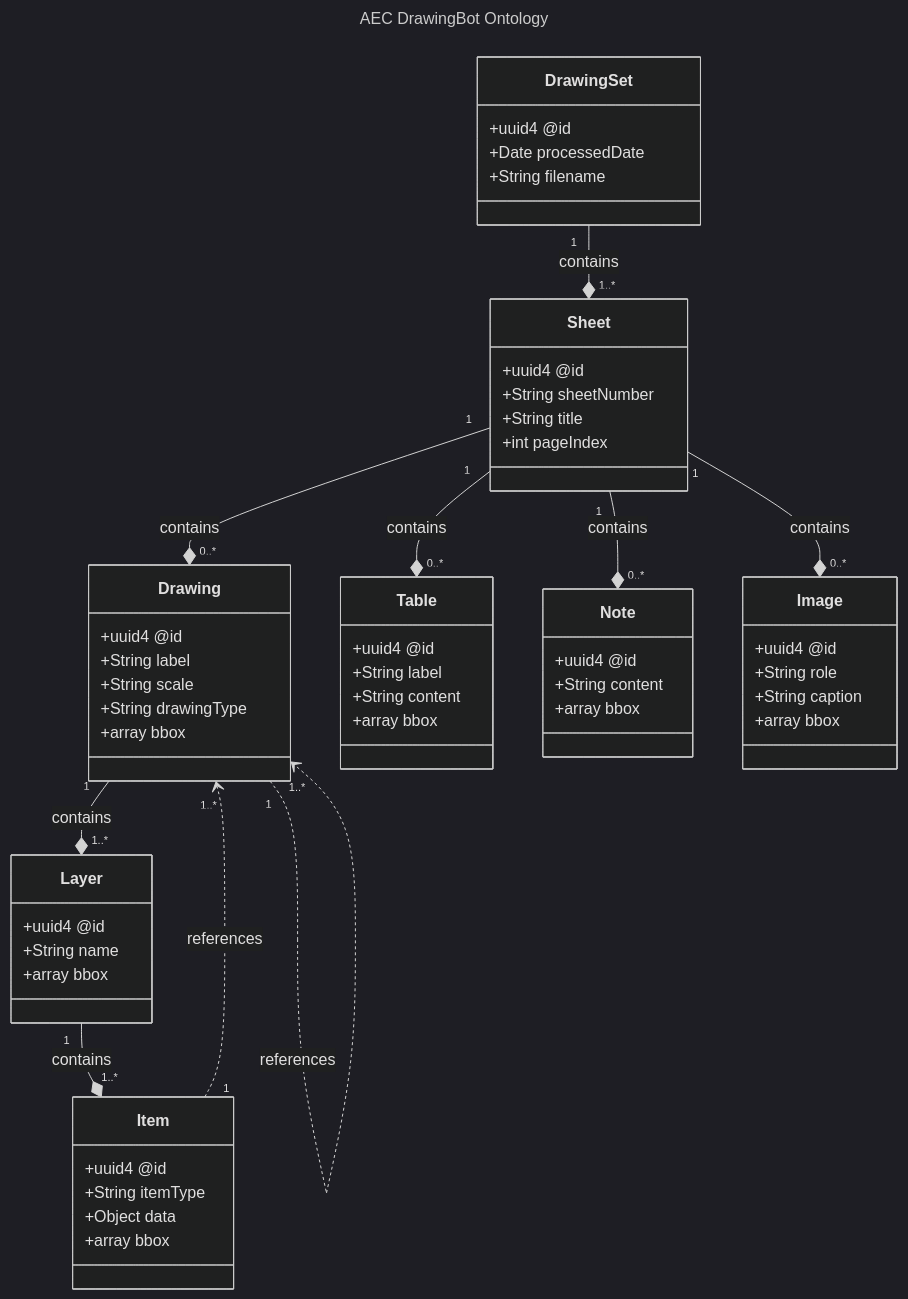
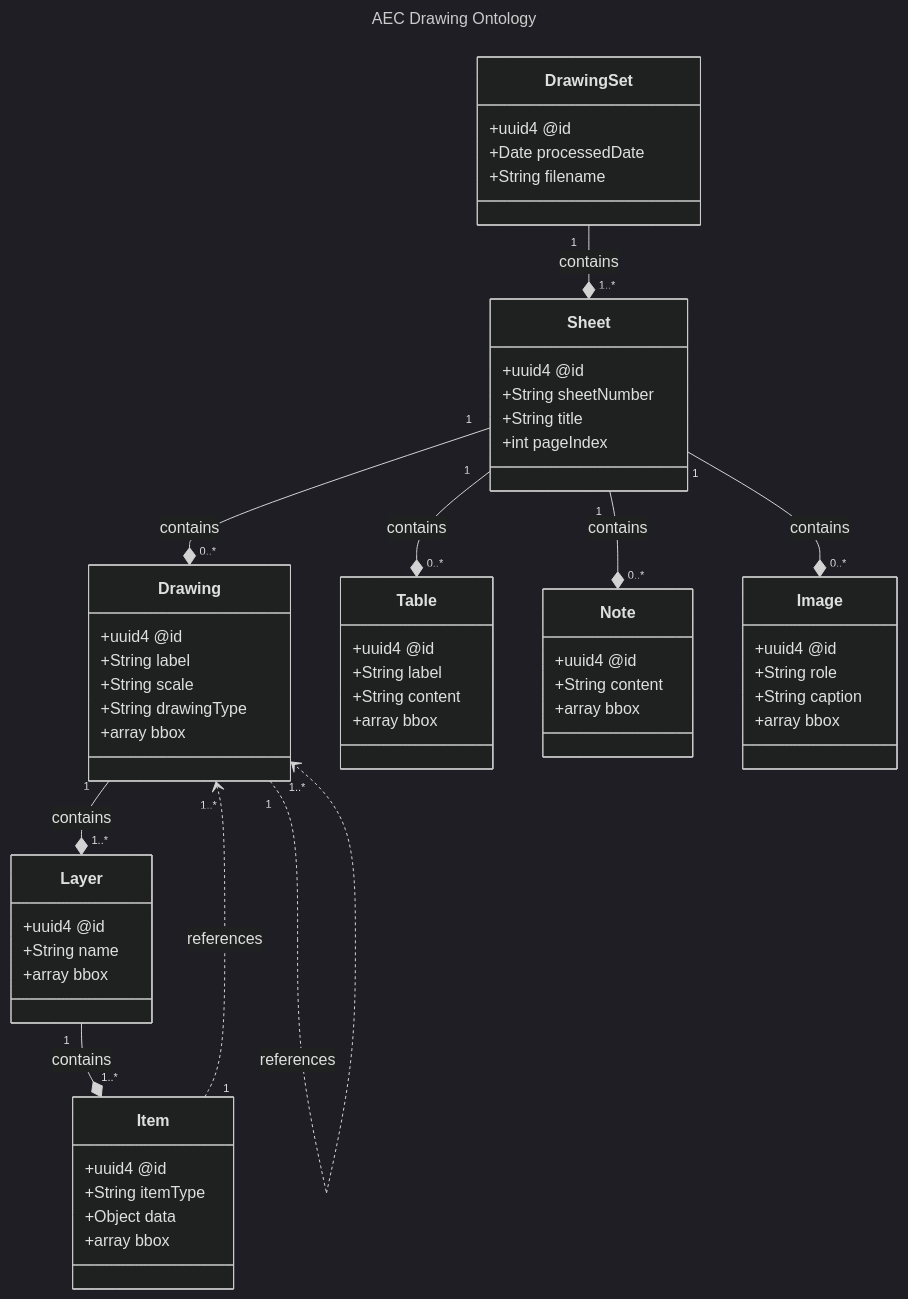
The diagram in docs/data-model.md (jeff-carmichael/aecdo), drawn with Mermaid (dark theme) before and after one commit. The commit also changed other lines of this file and 12 other files, not shown here.

````diff
--- a/docs/data-model.md
+++ b/docs/data-model.md
@@ -20,66 +20,66 @@
 ```mermaid
 ---
-title: AEC DrawingBot Ontology
+title: AEC Drawing Ontology
 ---
 
 classDiagram
     class DrawingSet {
 		    +uuid4 @id
 		    +Date processedDate
 		    +String filename
     }
     class Sheet {
 		    +uuid4 @id
 		    +String sheetNumber
 		    +String title
 		    +int pageIndex
     }
     class Drawing {
 		    +uuid4 @id
 		    +String label
 		    +String scale
 		    +String drawingType
 		    +array bbox
     }
     class Layer {
 		    +uuid4 @id
 		    +String name
 		    +array bbox
     }
     class Item {
 		    +uuid4 @id
 		    +String itemType
 		    +Object data
 		    +array bbox
     }
     class Table {
 		    +uuid4 @id
 		    +String label
 		    +String content
 		    +array bbox
     }
     class Note {
 		    +uuid4 @id
 		    +String content
 		    +array bbox
     }
     class Image {
 		    +uuid4 @id
 		    +String role
 		    +String caption
 		    +array bbox
     }
 
 		%% Structure Relationships
     DrawingSet "1" --* "1..*" Sheet : contains
     Sheet "1" --* "0..*" Drawing : contains
     Sheet "1" --* "0..*" Table : contains
     Sheet "1" --* "0..*" Note : contains
     Sheet "1" --* "0..*" Image : contains
     Drawing "1" --* "1..*" Layer : contains
     Layer "1" --* "1..*" Item : contains
 
     %% The Reference Relationships
     Drawing "1" ..> "1..*" Drawing : references
     Item "1" ..> "1..*" Drawing : references
 ```
````
